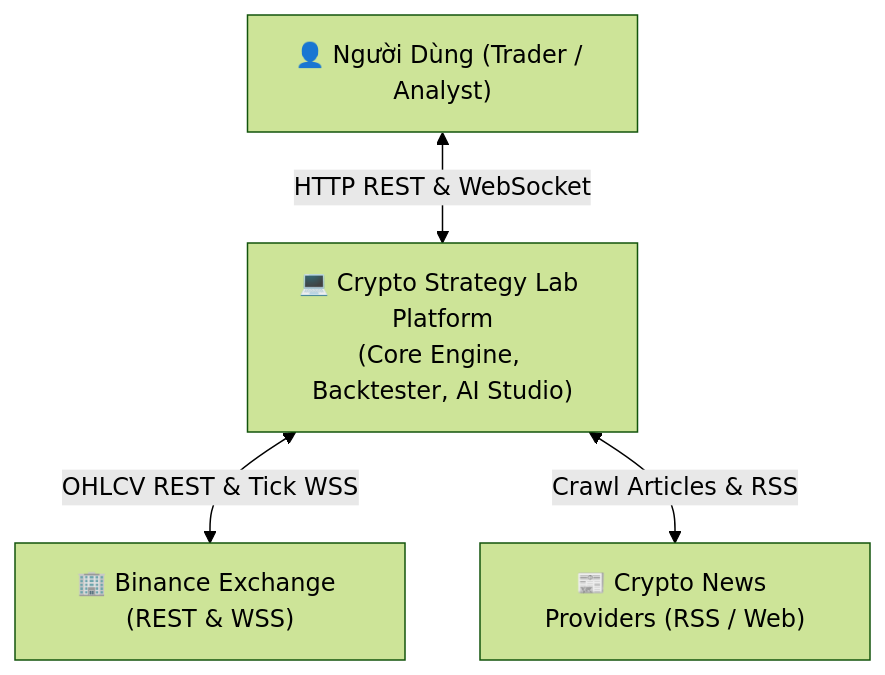
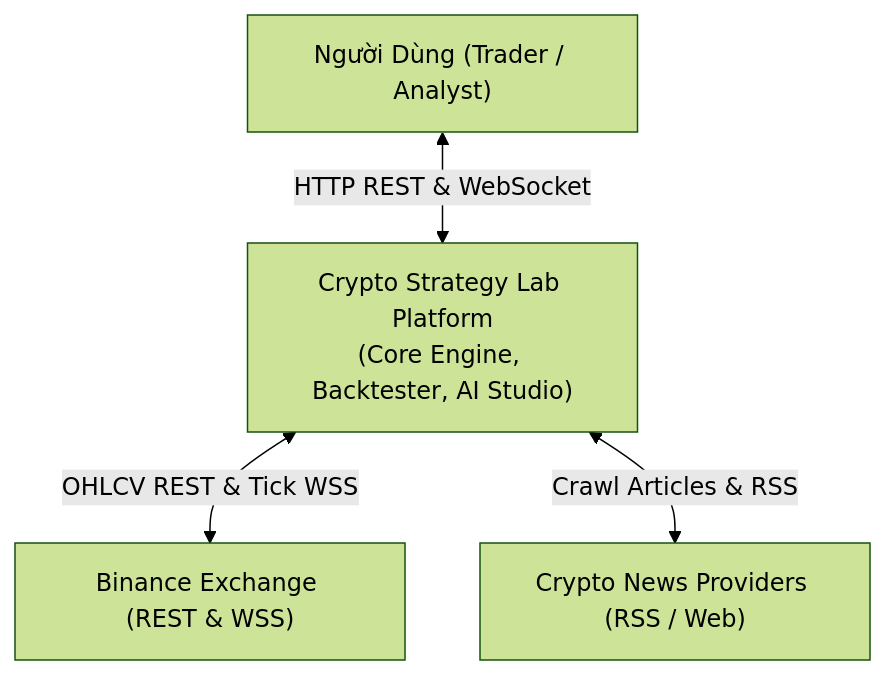
Before and after one commit to ngnam2012/KTPM-crypto-project: the first of 4 diagrams in docs/architecture.md, drawn with Mermaid (forest theme). The commit also changed other lines of this file and 21 other files, not shown here.

````diff
--- a/docs/architecture.md
+++ b/docs/architecture.md
@@ -17,12 +17,12 @@
 ```mermaid
 graph TD
-    User["👤 Người Dùng (Trader / Analyst)"]
-    Binance["🏢 Binance Exchange (REST & WSS)"]
-    NewsSources["📰 Crypto News Providers (RSS / Web)"]
+    User["Người Dùng (Trader / Analyst)"]
+    Binance["Binance Exchange (REST & WSS)"]
+    NewsSources["Crypto News Providers (RSS / Web)"]
     
-    System["💻 Crypto Strategy Lab Platform<br/>(Core Engine, Backtester, AI Studio)"]
+    System["Crypto Strategy Lab Platform<br/>(Core Engine, Backtester, AI Studio)"]
     
     User <-->|HTTP REST & WebSocket| System
     System <-->|OHLCV REST & Tick WSS| Binance
     System <-->|Crawl Articles & RSS| NewsSources
 ```
````
